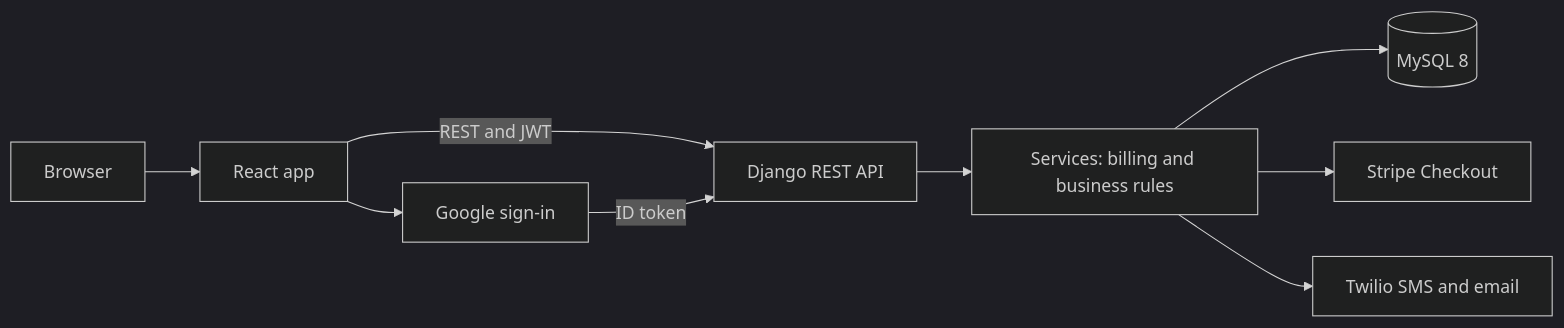
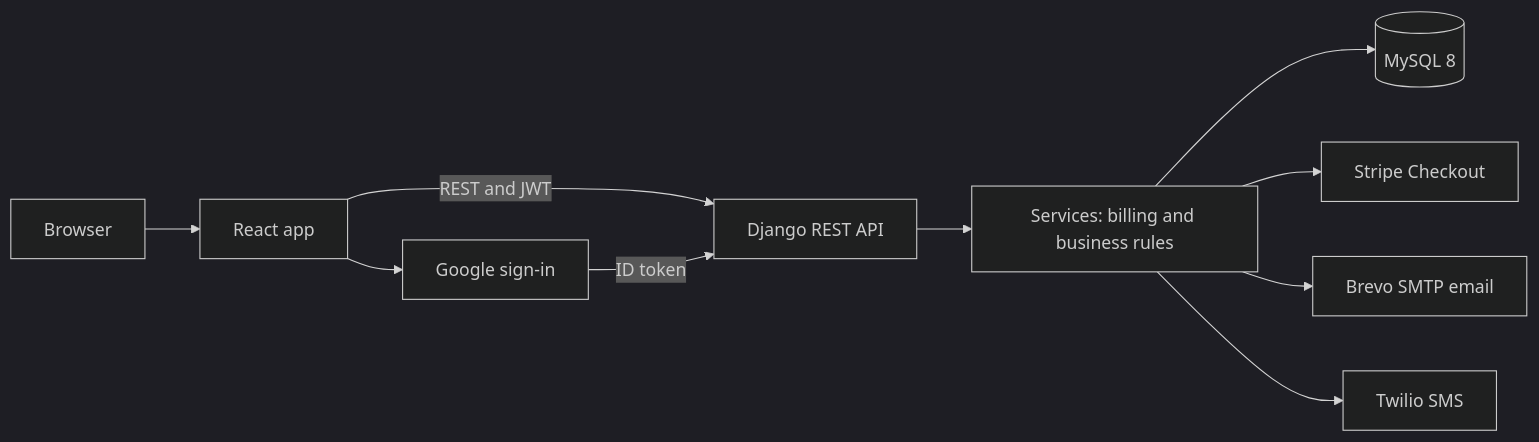
One commit to shreykumarsingh123/OdooXlucknow changed the first of 6 diagrams in README.md. Above: the diagram before and after it, drawn with Mermaid (dark theme). The commit also changed other lines of this file and 1 other file, not shown here.

Commit message:
docs: describe email through Brevo SMTP

````diff
--- a/README.md
+++ b/README.md
@@ -22,11 +22,12 @@
 ```mermaid
 flowchart LR
   B[Browser] --> R[React app]
   R -->|REST and JWT| D[Django REST API]
   D --> S[Services: billing and business rules]
   S --> M[(MySQL 8)]
   S --> ST[Stripe Checkout]
-  S --> T[Twilio SMS and email]
+  S --> E[Brevo SMTP email]
+  S --> T[Twilio SMS]
   R --> G[Google sign-in]
   G -->|ID token| D
 ```
````
